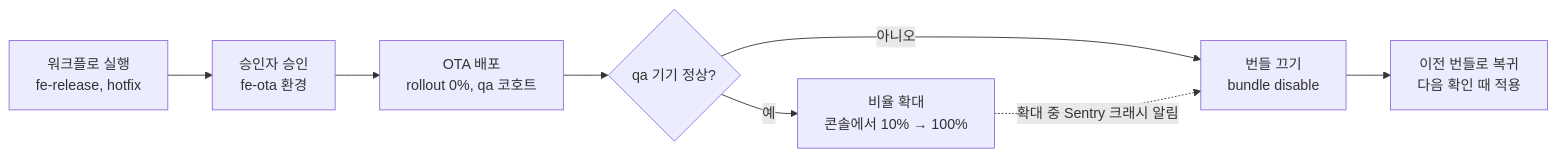
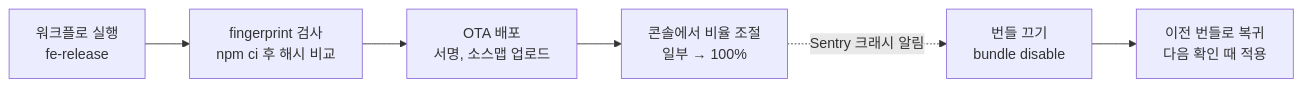
One commit to woowacourse/woowa-writing changed the second of 2 diagrams in LEVEL4_테크니컬라이팅.md. Above: the diagram before and after it, drawn with Mermaid. The commit also changed other lines of this file, not shown here.

````diff
--- a/LEVEL4_테크니컬라이팅.md
+++ b/LEVEL4_테크니컬라이팅.md
@@ -291,10 +323,8 @@
 ```mermaid
 flowchart LR
-  A["워크플로 실행<br/>fe-release, hotfix"] --> B["승인자 승인<br/>fe-ota 환경"]
-  B --> C["OTA 배포<br/>rollout 0%, qa 코호트"]
-  C --> D{"qa 기기 정상?"}
-  D -->|예| E["비율 확대<br/>콘솔에서 10% → 100%"]
-  D -->|아니오| F["번들 끄기<br/>bundle disable"]
-  E -.->|확대 중 Sentry 크래시 알림| F
+  A["워크플로 실행<br/>fe-release"] --> B["fingerprint 검사<br/>npm ci 후 해시 비교"]
+  B --> C["OTA 배포<br/>서명, 소스맵 업로드"]
+  C --> D["콘솔에서 비율 조절<br/>일부 → 100%"]
+  D -.->|Sentry 크래시 알림| F["번들 끄기<br/>bundle disable"]
   F --> G["이전 번들로 복귀<br/>다음 확인 때 적용"]
 ```
````
